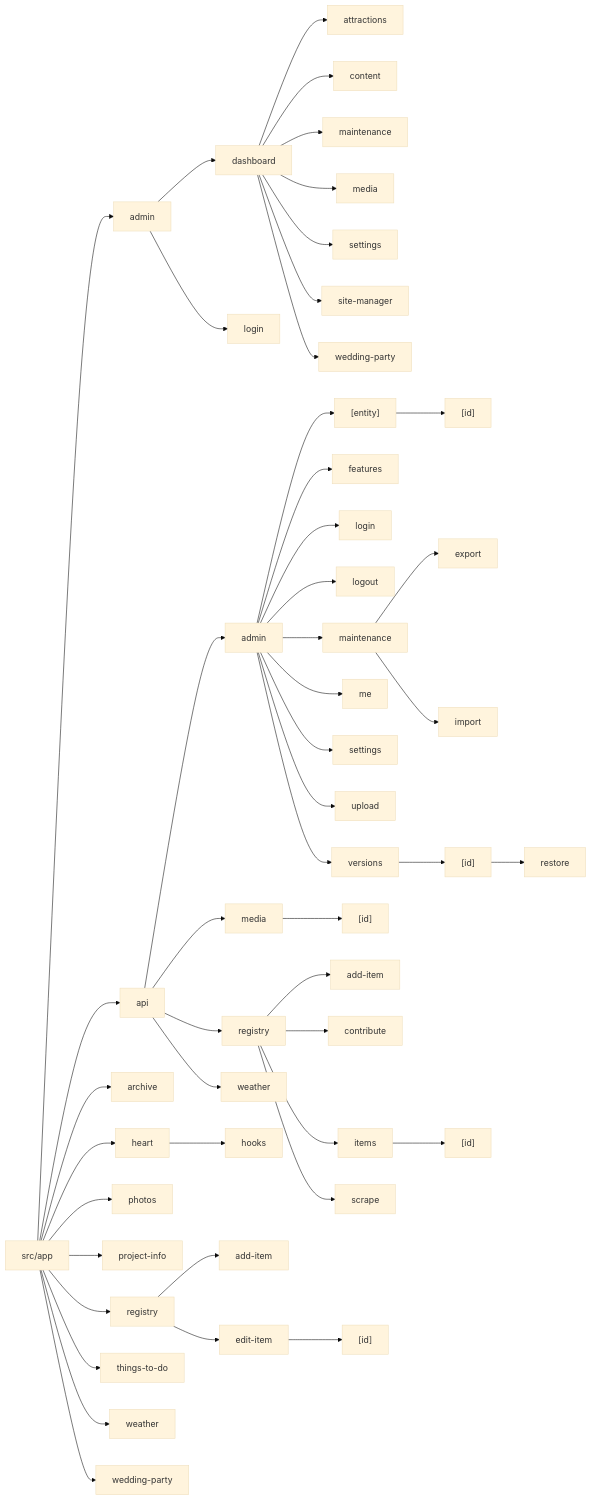
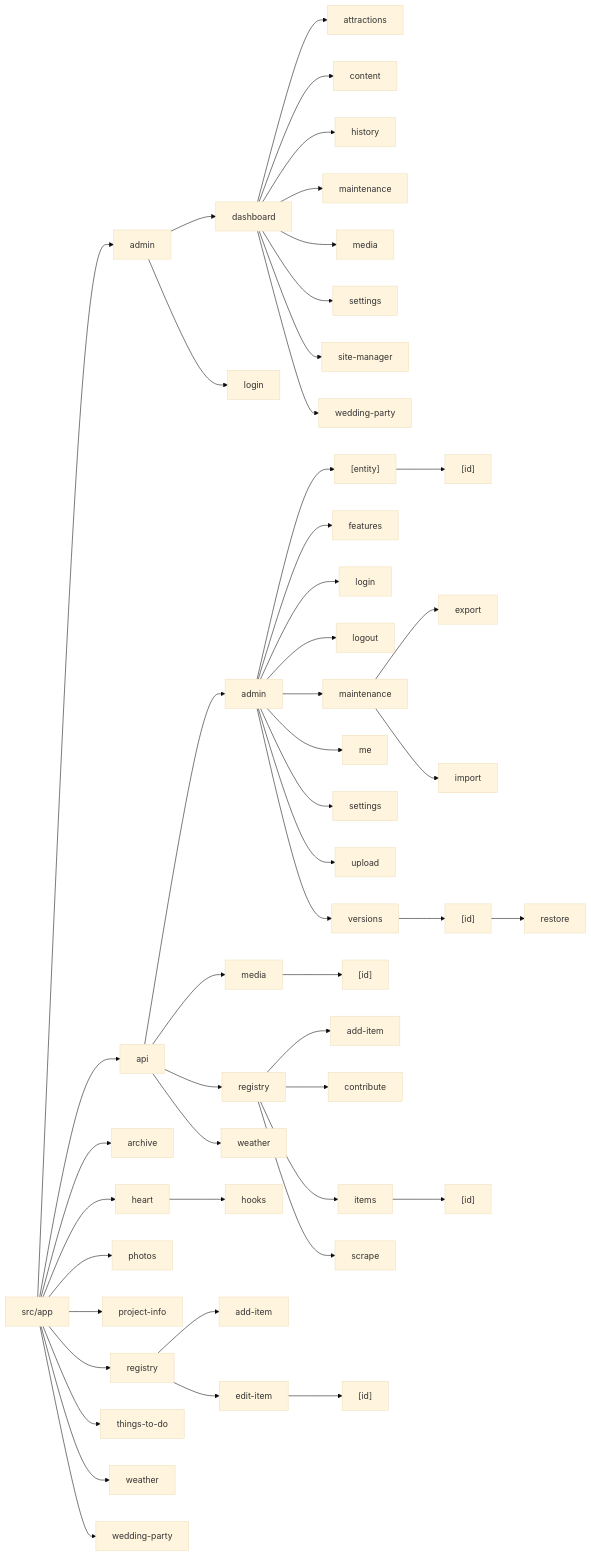
Before and after one commit to fderuiter/wedding_website: the second of 2 diagrams in ARCHITECTURE.md, drawn with Mermaid (base theme). The commit also changed 13 other files, not shown here.

Commit message:
Architectural Unification and Database Cleanup for Version Restore

```diff
--- a/ARCHITECTURE.md
+++ b/ARCHITECTURE.md
@@ -68,6 +68,8 @@
     node_admin_dashboard --> node_admin_dashboard_attractions
     node_admin_dashboard_content["content"]
     node_admin_dashboard --> node_admin_dashboard_content
+    node_admin_dashboard_history["history"]
+    node_admin_dashboard --> node_admin_dashboard_history
     node_admin_dashboard_maintenance["maintenance"]
     node_admin_dashboard --> node_admin_dashboard_maintenance
     node_admin_dashboard_media["media"]
```
